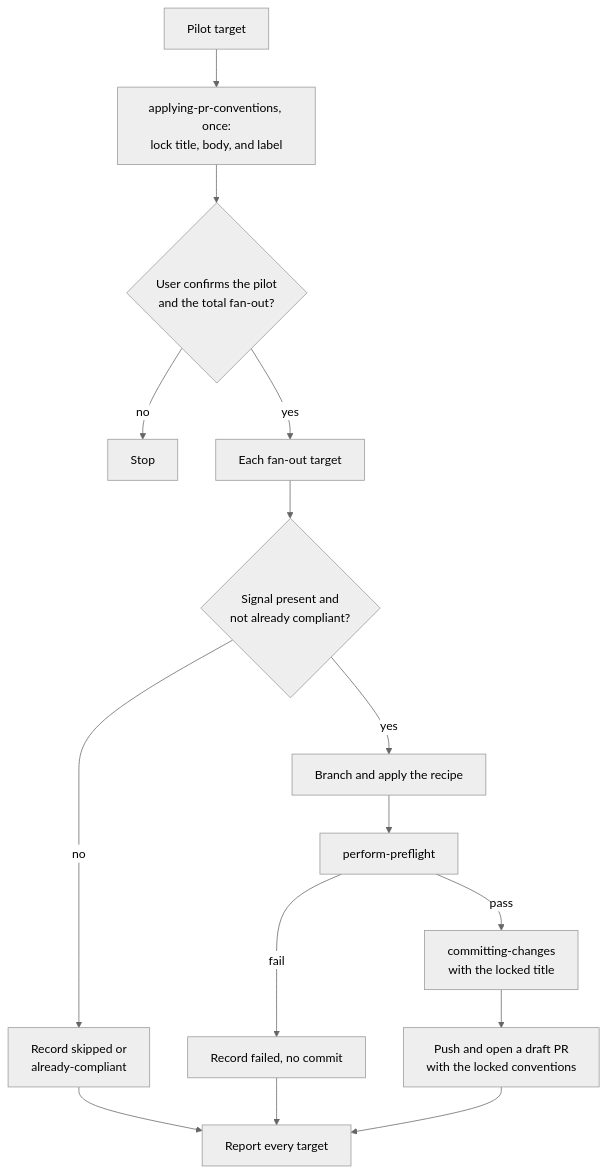
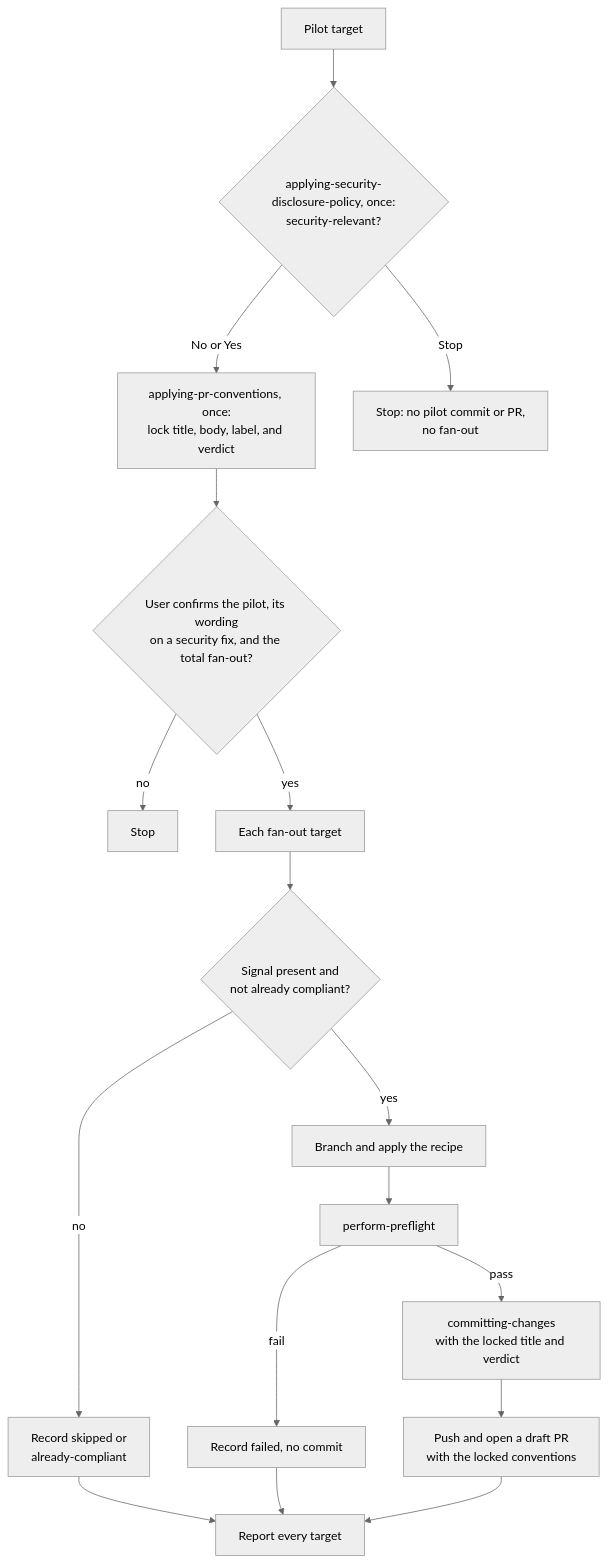
The fourth of 4 diagrams in plugins/bitwarden-delivery-tools/docs/commit-and-pr-flows.md (bitwarden/ai-plugins), drawn with Mermaid (neutral theme) before and after one commit. The commit also changed other lines of this file and 21 other files, not shown here.

First line of the commit message:
feat(bitwarden-delivery-tools): gate security-fix disclosure policy behind Confluence (#239)

````diff
--- a/plugins/bitwarden-delivery-tools/docs/commit-and-pr-flows.md
+++ b/plugins/bitwarden-delivery-tools/docs/commit-and-pr-flows.md
@@ -87,31 +166,35 @@
 ```mermaid
 graph TD
     pilot[Pilot target]
-    conventions[applying-pr-conventions, once:<br/>lock title, body, and label]
-    confirm{User confirms the pilot<br/>and the total fan-out?}
+    disclosure{applying-security-disclosure-policy, once:<br/>security-relevant?}
+    policyStop[Stop: no pilot commit or PR,<br/>no fan-out]
+    conventions[applying-pr-conventions, once:<br/>lock title, body, label, and verdict]
+    confirm{User confirms the pilot, its wording<br/>on a security fix, and the total fan-out?}
     stop[Stop]
     target[Each fan-out target]
     applicable{Signal present and<br/>not already compliant?}
     skipped[Record skipped or<br/>already-compliant]
     apply[Branch and apply the recipe]
     preflight[perform-preflight]
     failed[Record failed, no commit]
-    commit[committing-changes<br/>with the locked title]
+    commit[committing-changes<br/>with the locked title and verdict]
     draft[Push and open a draft PR<br/>with the locked conventions]
     report[Report every target]
 
-    pilot --> conventions
+    pilot --> disclosure
+    disclosure -->|No or Yes| conventions
+    disclosure -->|Stop| policyStop
     conventions --> confirm
     confirm -->|no| stop
     confirm -->|yes| target
     target --> applicable
     applicable -->|no| skipped
     applicable -->|yes| apply
     apply --> preflight
     preflight -->|fail| failed
     preflight -->|pass| commit
     commit --> draft
     draft --> report
     skipped --> report
     failed --> report
 ```
````
